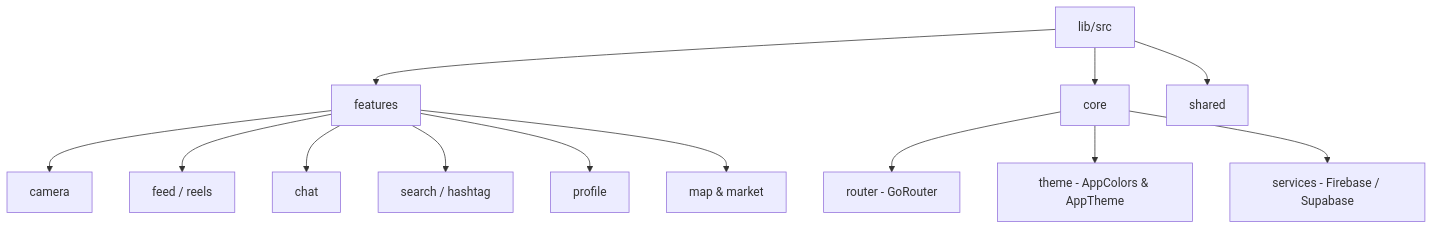
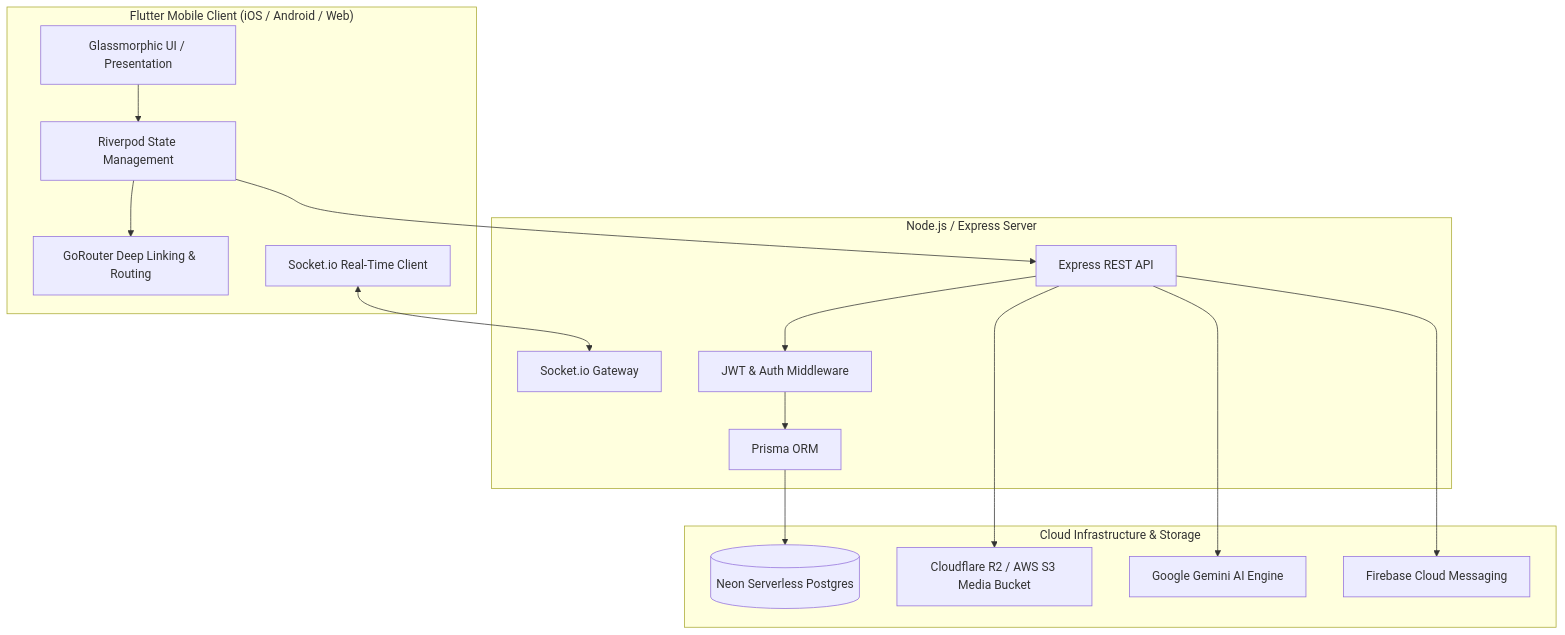
One commit to praiseikebuwa/abuad changed the diagram in README.md. Above: the diagram before and after it, drawn with Mermaid. The commit also changed other lines of this file and 4 other files, not shown here.

Commit message:
docs: update README with new app features, tech stack, and download assets

````diff
--- a/README.md
+++ b/README.md
@@ -114,17 +196,34 @@
 ```mermaid
 graph TD
-    A[lib/src] --> B[features]
-    A --> C[core]
-    A --> D[shared]
-    
-    B --> B1[camera]
-    B --> B2[feed / reels]
-    B --> B3[chat]
-    B --> B4[search / hashtag]
-    B --> B5[profile]
-    B --> B6[map & market]
-    
-    C --> C1[router - GoRouter]
-    C --> C2[theme - AppColors & AppTheme]
-    C --> C3[services - Firebase / Supabase]
+    subgraph Client ["Flutter Mobile Client (iOS / Android / Web)"]
+        UI[Glassmorphic UI / Presentation]
+        RV[Riverpod State Management]
+        GR[GoRouter Deep Linking & Routing]
+        SR[Socket.io Real-Time Client]
+    end
+
+    subgraph Backend ["Node.js / Express Server"]
+        API[Express REST API]
+        WS[Socket.io Gateway]
+        AUTH[JWT & Auth Middleware]
+        PRISMA[Prisma ORM]
+    end
+
+    subgraph Cloud ["Cloud Infrastructure & Storage"]
+        DB[(Neon Serverless Postgres)]
+        S3[Cloudflare R2 / AWS S3 Media Bucket]
+        GEMINI[Google Gemini AI Engine]
+        PUSH[Firebase Cloud Messaging]
+    end
+
+    UI --> RV
+    RV --> GR
+    RV --> API
+    SR <--> WS
+    API --> AUTH
+    AUTH --> PRISMA
+    PRISMA --> DB
+    API --> S3
+    API --> GEMINI
+    API --> PUSH
 ```
````
